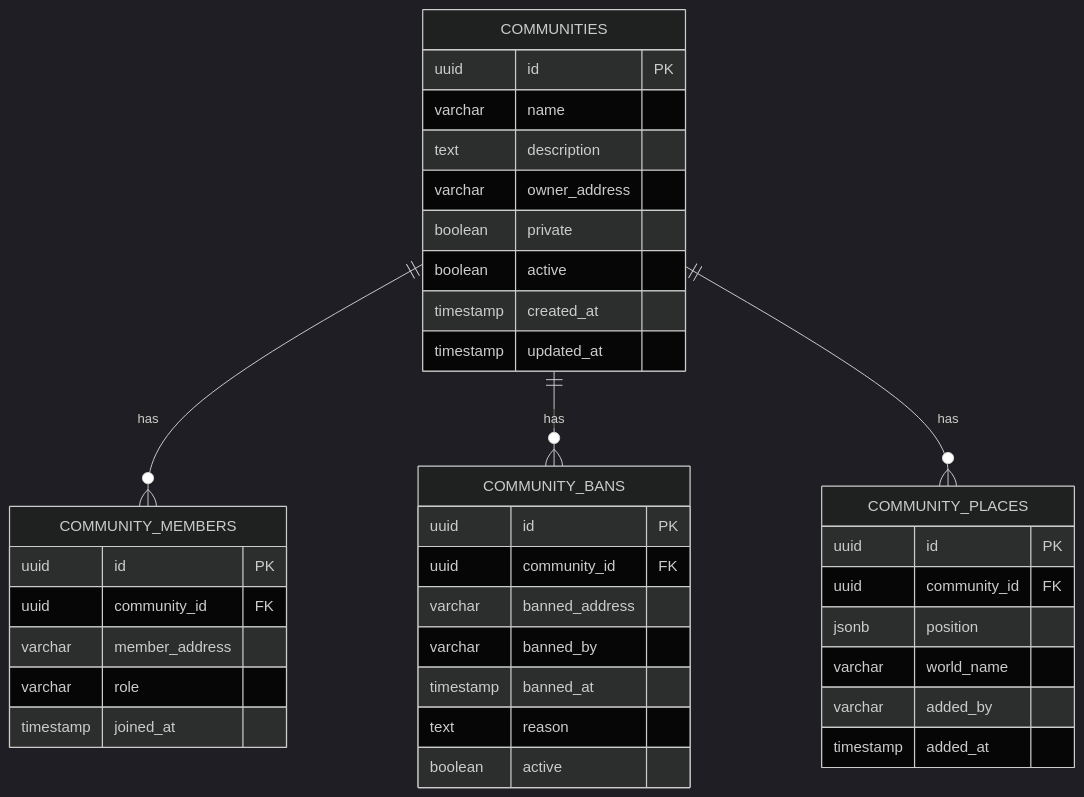
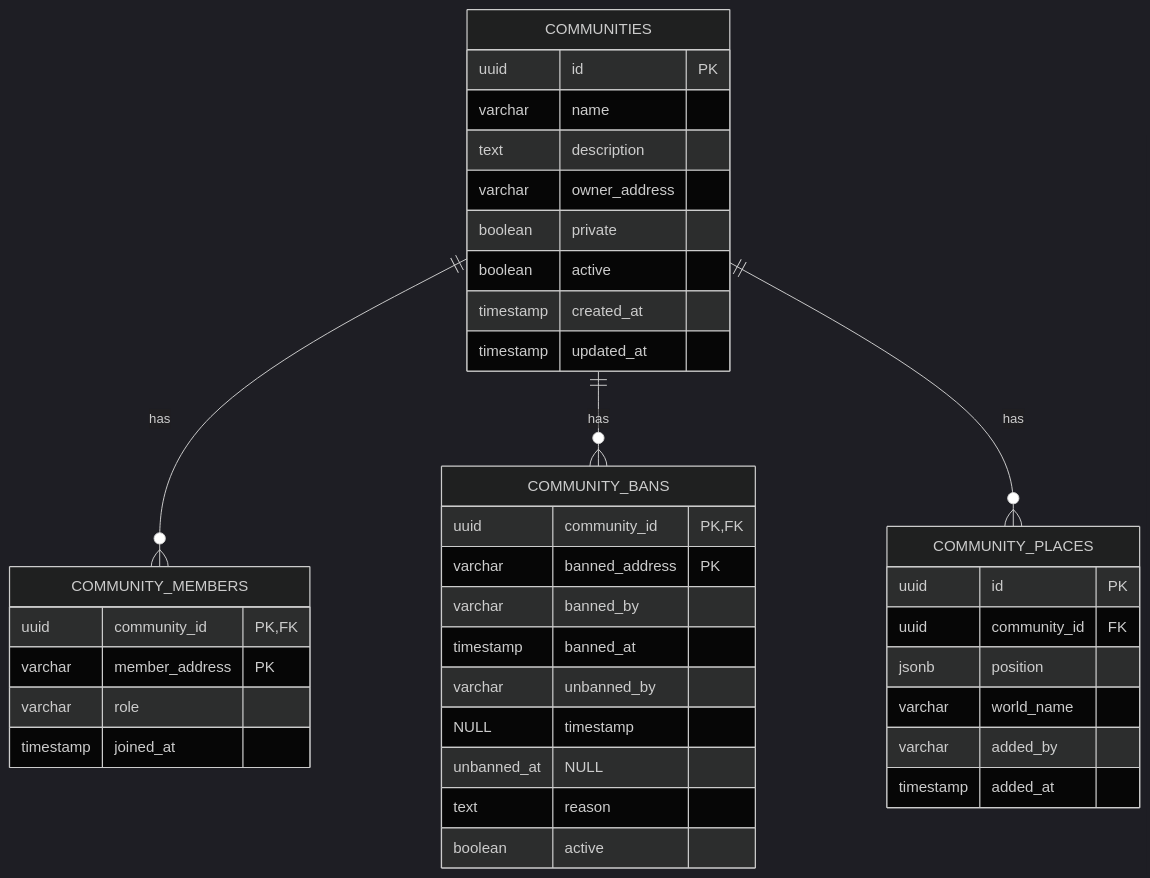
The second of 4 diagrams in README.md (decentraland/social-service-ea), drawn with Mermaid (dark theme) before and after one commit. The commit also changed 19 other files, not shown here.

````diff
--- a/README.md
+++ b/README.md
@@ -97,41 +97,41 @@
 ```mermaid
 erDiagram
   COMMUNITIES {
     uuid id PK
     varchar name
     text description
     varchar owner_address
     boolean private
     boolean active
     timestamp created_at
     timestamp updated_at
   }
   COMMUNITY_MEMBERS {
-    uuid id PK
-    uuid community_id FK
-    varchar member_address
+    uuid community_id PK,FK
+    varchar member_address PK
     varchar role
     timestamp joined_at
   }
   COMMUNITY_BANS {
-    uuid id PK
-    uuid community_id FK
-    varchar banned_address
+    uuid community_id PK,FK
+    varchar banned_address PK
     varchar banned_by
     timestamp banned_at
+    varchar unbanned_by NULL
+    timestamp unbanned_at NULL
     text reason
     boolean active
   }
   COMMUNITY_PLACES {
     uuid id PK
     uuid community_id FK
     jsonb position
     varchar world_name
     varchar added_by
     timestamp added_at
   }
 
   COMMUNITIES ||--o{ COMMUNITY_MEMBERS : "has"
   COMMUNITIES ||--o{ COMMUNITY_BANS : "has"
   COMMUNITIES ||--o{ COMMUNITY_PLACES : "has"
 ```
````
